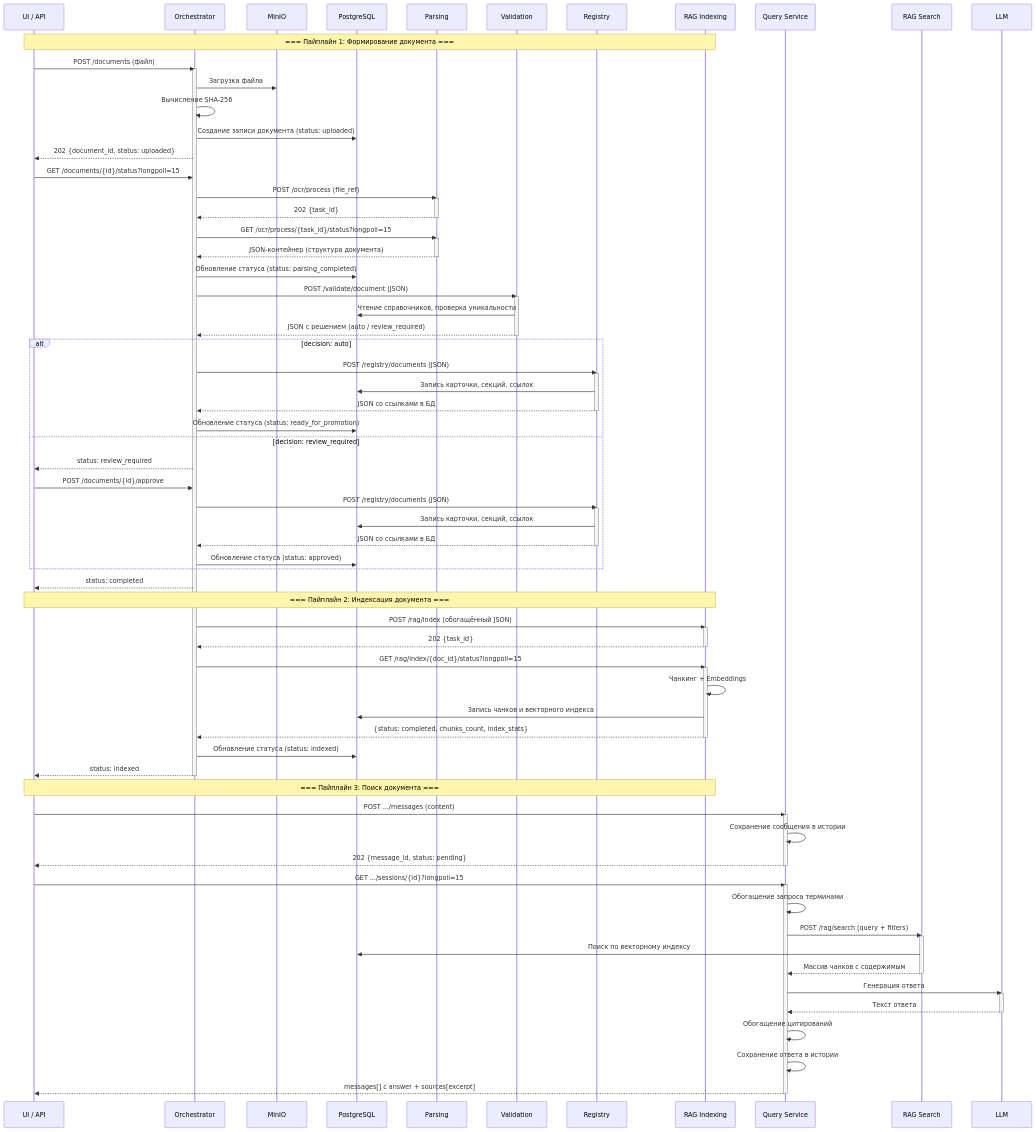
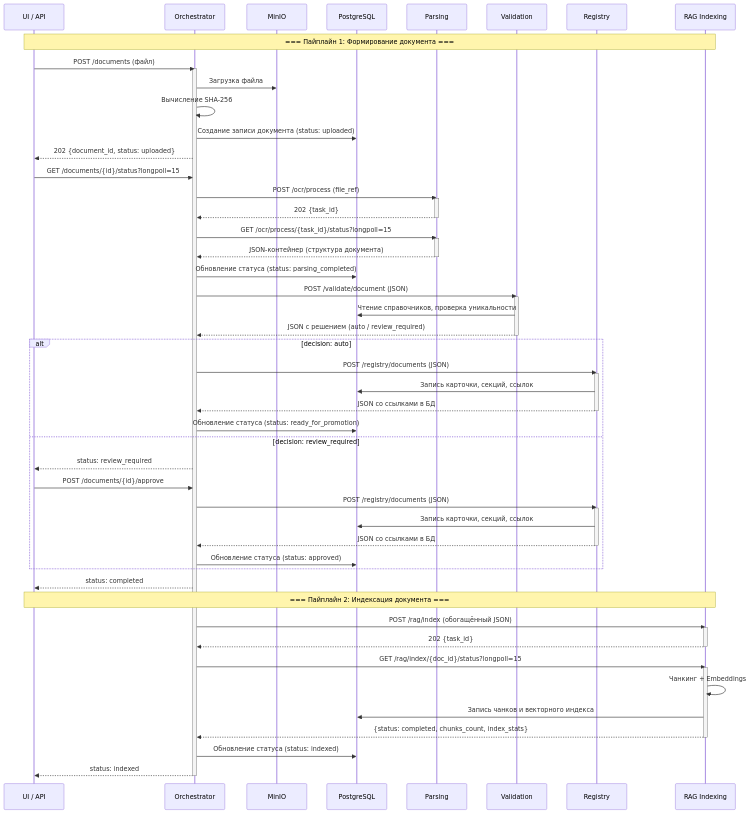
Before and after one commit to MasterKSAF/PKB: the sixth of 10 diagrams in docs/pipelines/overview.md, drawn with Mermaid. The commit also changed other lines of this file, not shown here.

````diff
--- a/docs/pipelines/overview.md
+++ b/docs/pipelines/overview.md
@@ -361,33 +361,4 @@
     Orch->>DB: Обновление статуса (status: indexed)
     Orch-->>UI: status: indexed
     deactivate Orch
-
-    Note over UI,RAGi: === Пайплайн 3: Поиск документа ===
-
-    participant QS as Query Service
-    participant RAGs as RAG Search
-    participant LLM as LLM
-
-    UI->>QS: POST .../messages (content)
-    activate QS
-    QS->>QS: Сохранение сообщения в истории
-    QS-->>UI: 202 {message_id, status: pending}
-    deactivate QS
-
-    UI->>QS: GET .../sessions/{id}?longpoll=15
-    activate QS
-    QS->>QS: Обогащение запроса терминами
-    QS->>RAGs: POST /rag/search (query + filters)
-    activate RAGs
-    RAGs->>DB: Поиск по векторному индексу
-    RAGs-->>QS: Массив чанков с содержимым
-    deactivate RAGs
-    QS->>LLM: Генерация ответа
-    activate LLM
-    LLM-->>QS: Текст ответа
-    deactivate LLM
-    QS->>QS: Обогащение цитирований
-    QS->>QS: Сохранение ответа в истории
-    QS-->>UI: messages[] с answer + sources[excerpt]
-    deactivate QS
 ```
````
